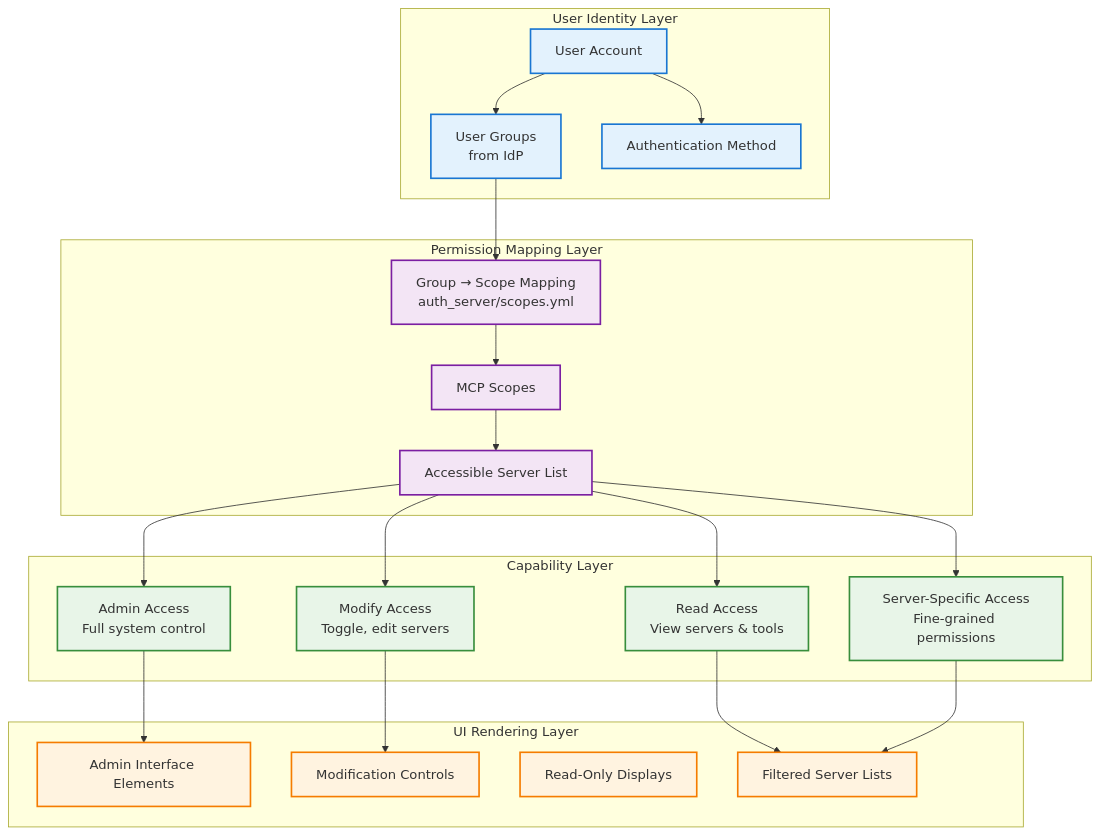
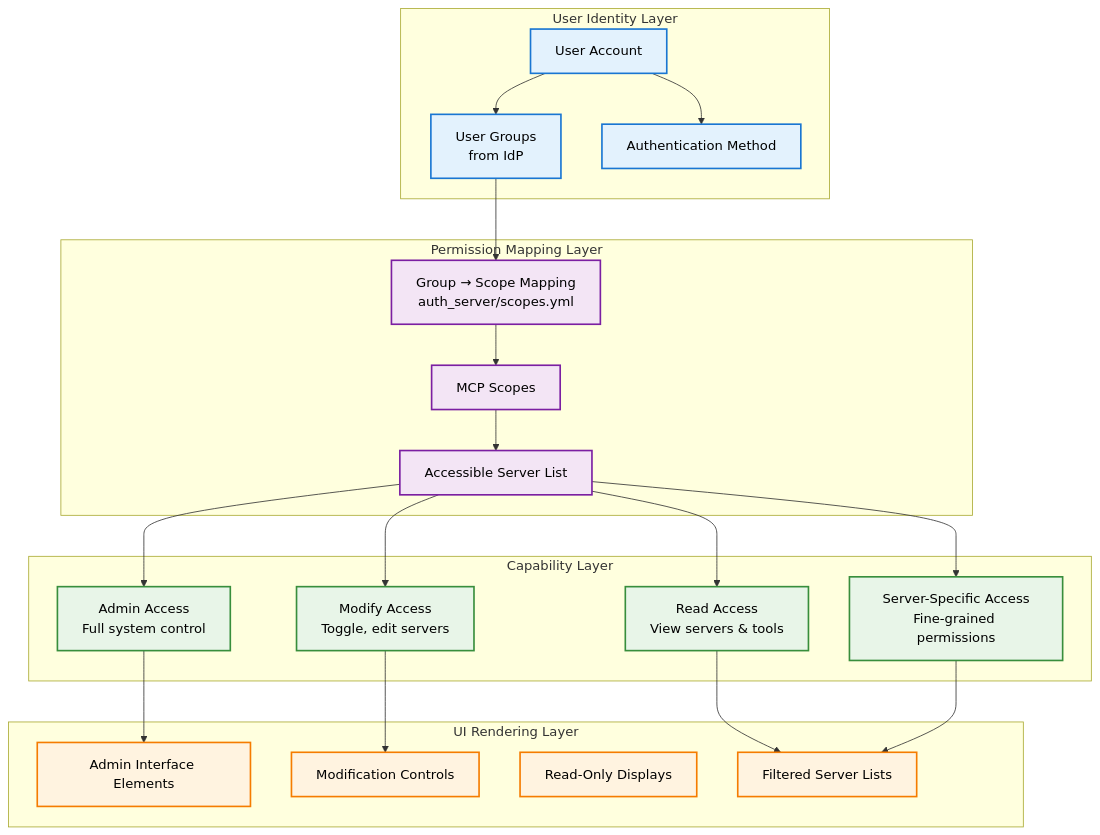
The ninth of 12 diagrams in docs/registry-auth-detailed.md (jrmatherly/mcp-registry-gateway), drawn with Mermaid before and after one commit. The commit also changed other lines of this file and 3 other files, not shown here.

First line of the commit message:
``` docs: add explicit black text color to all Mermaid diagram styles for dark mode compatibility

````diff
--- a/docs/registry-auth-detailed.md
+++ b/docs/registry-auth-detailed.md
@@ -736,54 +736,54 @@
 ```mermaid
 graph TB
     subgraph "User Identity Layer"
         User[User Account]
         Groups[User Groups<br/>from IdP]
         AuthMethod[Authentication Method]
     end
 
     subgraph "Permission Mapping Layer"
         ScopeMapping[Group → Scope Mapping<br/>auth_server/scopes.yml]
         Scopes[MCP Scopes]
         ServerAccess[Accessible Server List]
     end
 
     subgraph "Capability Layer"
         ReadAccess[Read Access<br/>View servers & tools]
         ModifyAccess[Modify Access<br/>Toggle, edit servers]
         AdminAccess[Admin Access<br/>Full system control]
         ServerSpecific[Server-Specific Access<br/>Fine-grained permissions]
     end
 
     subgraph "UI Rendering Layer"
         AdminUI[Admin Interface Elements]
         ModifyUI[Modification Controls]
         ReadOnlyUI[Read-Only Displays]
         FilteredContent[Filtered Server Lists]
     end
 
     User --> Groups
     User --> AuthMethod
     Groups --> ScopeMapping
     ScopeMapping --> Scopes
     Scopes --> ServerAccess
 
     ServerAccess --> ReadAccess
     ServerAccess --> ModifyAccess
     ServerAccess --> AdminAccess
     ServerAccess --> ServerSpecific
 
     ReadAccess --> FilteredContent
     ModifyAccess --> ModifyUI
     AdminAccess --> AdminUI
     ServerSpecific --> FilteredContent
 
-    classDef identity fill:#e3f2fd,stroke:#1976d2,stroke-width:2px
-    classDef mapping fill:#f3e5f5,stroke:#7b1fa2,stroke-width:2px
-    classDef capability fill:#e8f5e8,stroke:#388e3c,stroke-width:2px
-    classDef ui fill:#fff3e0,stroke:#f57c00,stroke-width:2px
+    classDef identity fill:#e3f2fd,stroke:#1976d2,stroke-width:2px,color:#000
+    classDef mapping fill:#f3e5f5,stroke:#7b1fa2,stroke-width:2px,color:#000
+    classDef capability fill:#e8f5e8,stroke:#388e3c,stroke-width:2px,color:#000
+    classDef ui fill:#fff3e0,stroke:#f57c00,stroke-width:2px,color:#000
 
     class User,Groups,AuthMethod identity
     class ScopeMapping,Scopes,ServerAccess mapping
     class ReadAccess,ModifyAccess,AdminAccess,ServerSpecific capability
     class AdminUI,ModifyUI,ReadOnlyUI,FilteredContent ui
 ```
````
